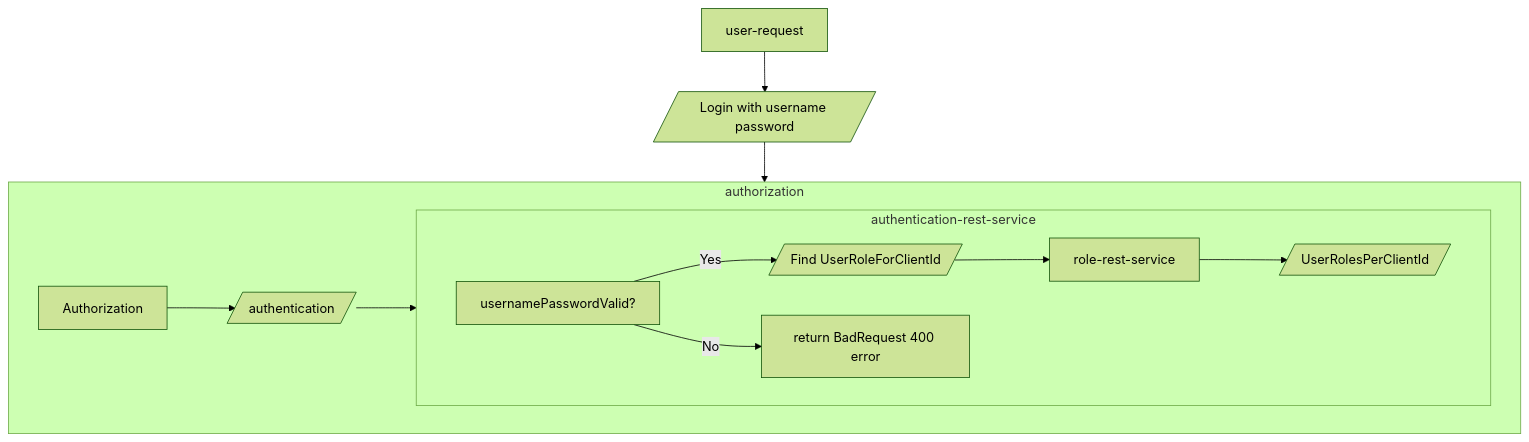
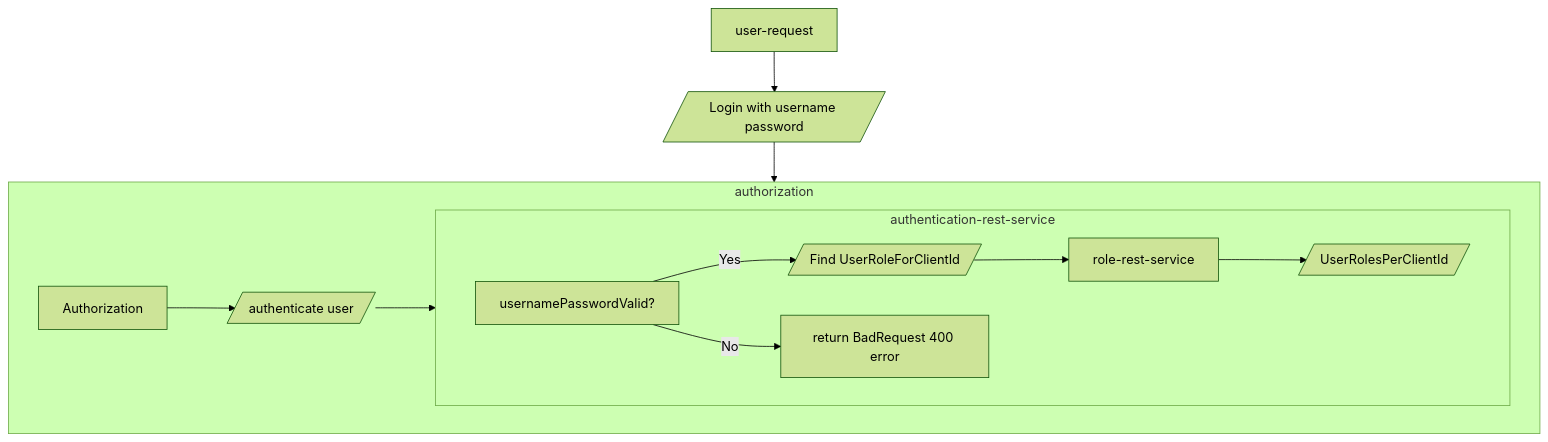
The diagram in README.md (sonamsamdupkhangsar/spring-authorization-serve), drawn with Mermaid (forest theme) before and after one commit.

````diff
--- a/README.md
+++ b/README.md
@@ -35,16 +35,15 @@
 ```mermaid
 flowchart TD
  User[user-request] -->login[/Login with username password/]--> authorization[Authorization]
  
  subgraph authorization
- Authorization-->authenticate[/authentication/]--> authentication
+ Authorization-->authenticate[/authenticate user/]--> authentication
  end
  
  subgraph authentication[authentication-rest-service]
  validateUsernameAndPassword["usernamePasswordValid?"]
  validateUsernameAndPassword -->|Yes| getUserRoleForClientId[/Find UserRoleForClientId/]
  validateUsernameAndPassword -->|No| returnError[return BadRequest 400 error]
- getUserRoleForClientId --> role-rest-service--> roles[/UserRolesPerClientId/]
-   
+ getUserRoleForClientId --> role-rest-service--> roles[/UserRolesPerClientId/]   
  end 
 ```
````
